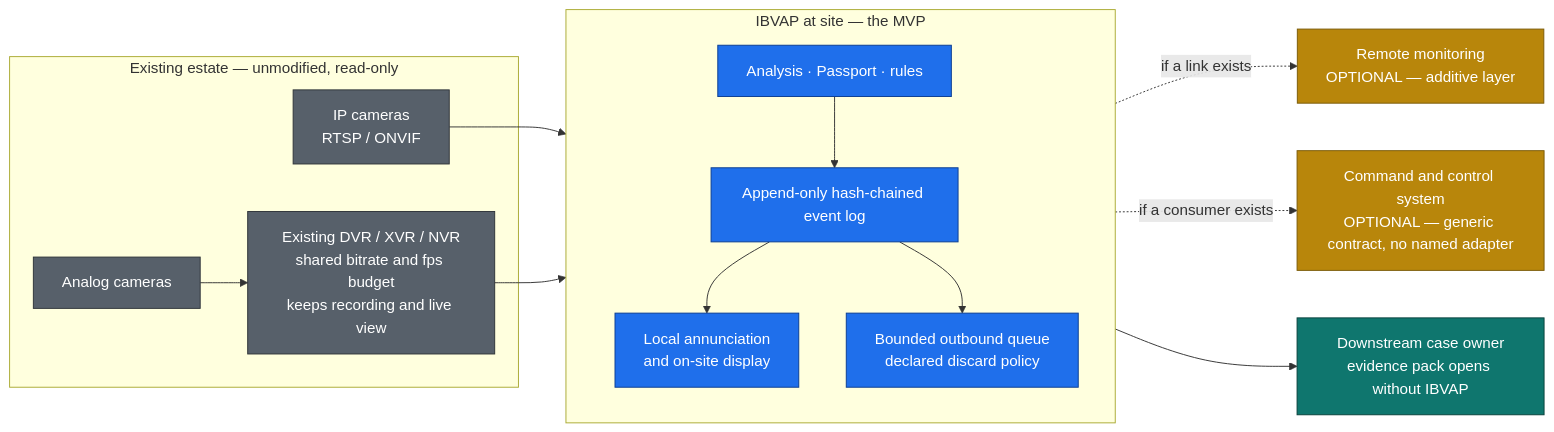
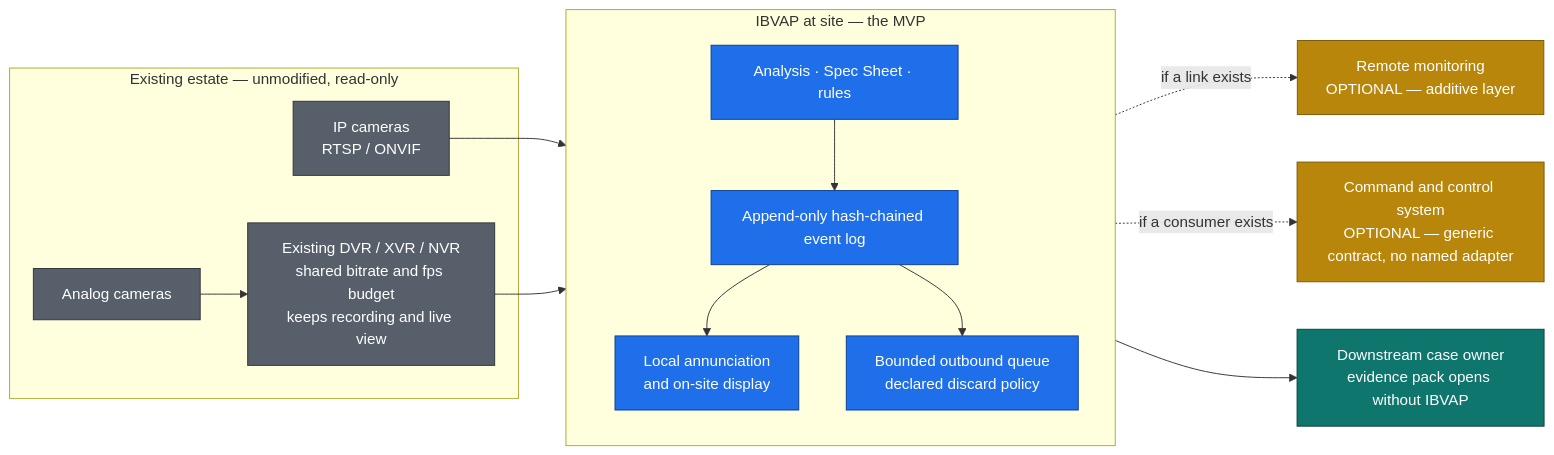
One commit to Sujatx/ibvap changed the fourth of 7 diagrams in docs/02-product/MVP.md. Above: the diagram before and after it, drawn with Mermaid. The commit also changed other lines of this file and 9 other files, not shown here.

````diff
--- a/docs/02-product/MVP.md
+++ b/docs/02-product/MVP.md
@@ -1403,39 +1403,39 @@
 ```mermaid
 flowchart LR
     subgraph ESTATE["Existing estate — unmodified, read-only"]
         C1["IP cameras<br/>RTSP / ONVIF"]
         C2["Analog cameras"]
         DVR["Existing DVR / XVR / NVR<br/>shared bitrate and fps budget<br/>keeps recording and live view"]
         C2 --> DVR
     end
 
     subgraph SITE["IBVAP at site — the MVP"]
         direction TB
-        ANA["Analysis · Passport · rules"]
+        ANA["Analysis · Spec Sheet · rules"]
         LOG["Append-only hash-chained event log"]
         LOCAL["Local annunciation<br/>and on-site display"]
         QUEUE["Bounded outbound queue<br/>declared discard policy"]
         ANA --> LOG --> LOCAL
         LOG --> QUEUE
     end
 
     OPT1["Remote monitoring<br/>OPTIONAL — additive layer"]
     OPT2["Command and control system<br/>OPTIONAL — generic contract, no named adapter"]
     POLICE["Downstream case owner<br/>evidence pack opens without IBVAP"]
 
     C1 --> ANA
     DVR --> ANA
 
     QUEUE -.->|"if a link exists"| OPT1
     QUEUE -.->|"if a consumer exists"| OPT2
     LOG --> POLICE
 
     classDef estate fill:#57606a,stroke:#2f3439,color:#ffffff
     classDef site fill:#1f6feb,stroke:#0b3d91,color:#ffffff
     classDef opt fill:#b8860b,stroke:#7a5a07,color:#ffffff
     classDef out fill:#0f766e,stroke:#08403b,color:#ffffff
     class C1,C2,DVR estate
     class ANA,LOG,LOCAL,QUEUE site
     class OPT1,OPT2 opt
     class POLICE out
 ```
````
